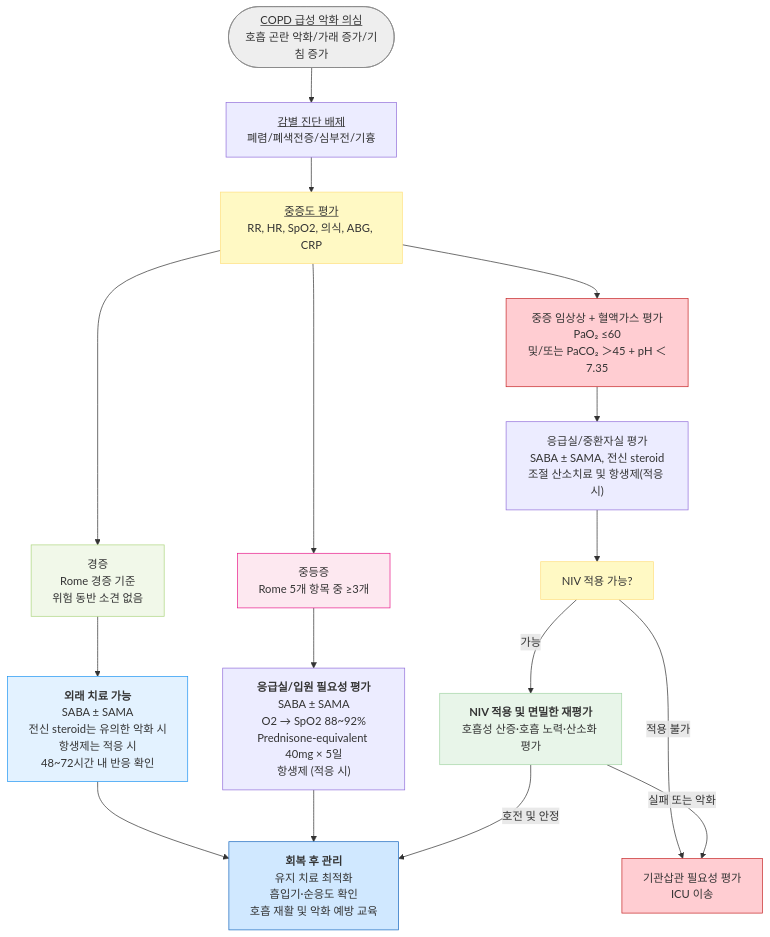
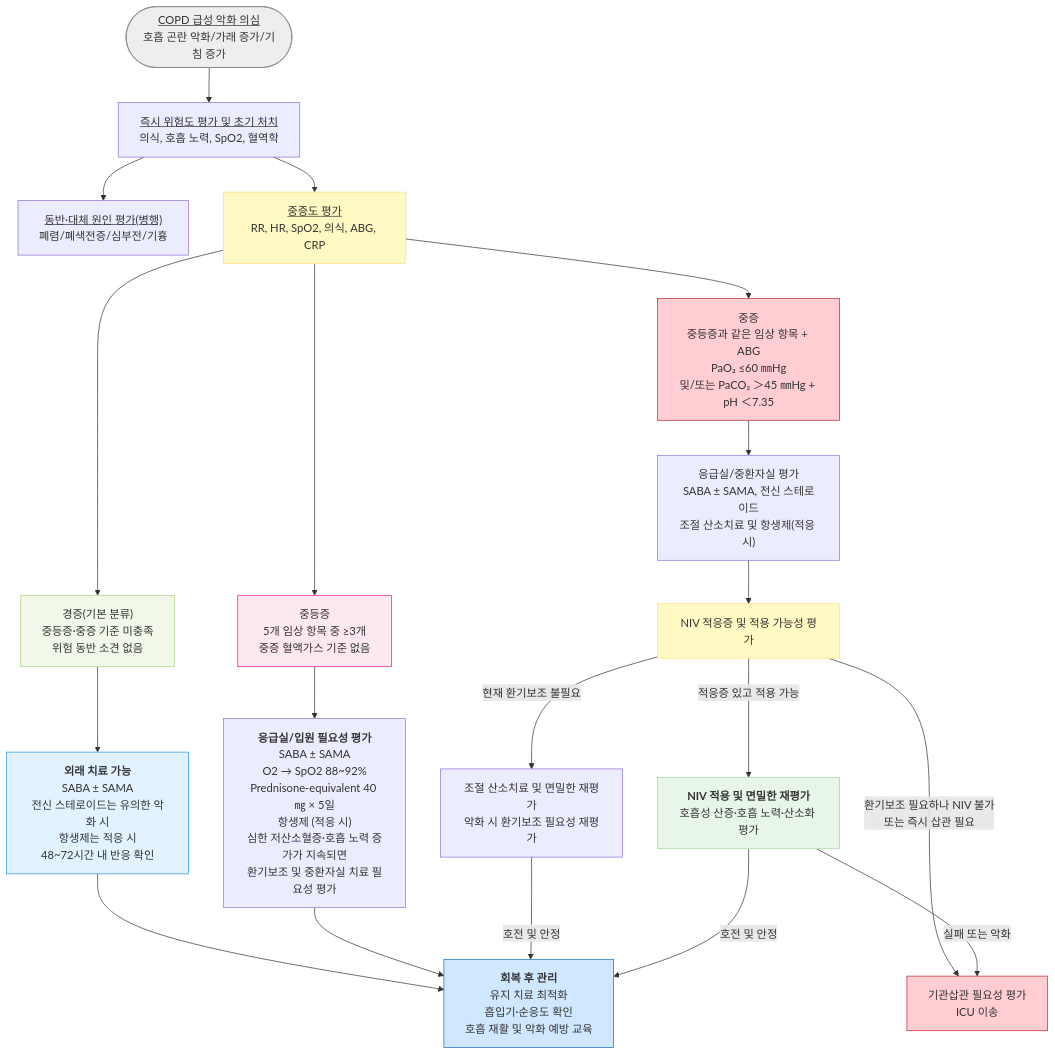
One commit to familyoh77/familyoh77 changed the third of 3 diagrams in 223_/072_-copd.md. Above: the diagram before and after it, drawn with Mermaid. The commit also changed other lines of this file, not shown here.

````diff
--- a/223_/072_-copd.md
+++ b/223_/072_-copd.md
@@ -606,36 +629,39 @@
 ```mermaid
 flowchart TD
     Start(["<u>COPD 급성 악화 의심</u><br/>호흡 곤란 악화/가래 증가/기침 증가"])
 
-    Start --> Diff["<u>감별 진단 배제</u><br/>폐렴/폐색전증/심부전/기흉"]
-    Diff --> Severity["<u>중증도 평가</u><br/>RR, HR, SpO2, 의식, ABG, CRP"]
+    Start --> Triage["<u>즉시 위험도 평가 및 초기 처치</u><br/>의식, 호흡 노력, SpO2, 혈역학"]
+    Triage --> Diff["<u>동반·대체 원인 평가(병행)</u><br/>폐렴/폐색전증/심부전/기흉"]
+    Triage --> Severity["<u>중증도 평가</u><br/>RR, HR, SpO2, 의식, ABG, CRP"]
 
-    Severity --> Mild["경증<br/>Rome 경증 기준<br/>위험 동반 소견 없음"]
-    Severity --> Moderate["중등증<br/>Rome 5개 항목 중 ≥3개"]
-    Severity --> Severe["중증 임상상 + 혈액가스 평가<br/>PaO₂ ≤60<br/>및/또는 PaCO₂ ＞45 + pH ＜7.35"]
+    Severity --> Mild["경증(기본 분류)<br/>중등증·중증 기준 미충족<br/>위험 동반 소견 없음"]
+    Severity --> Moderate["중등증<br/>5개 임상 항목 중 ≥3개<br/>중증 혈액가스 기준 없음"]
+    Severity --> Severe["중증<br/>중등증과 같은 임상 항목 + ABG<br/>PaO₂ ≤60 ㎜Hg<br/>및/또는 PaCO₂ ＞45 ㎜Hg + pH ＜7.35"]
 
-    Mild --> OutTx["<b>외래 치료 가능</b><br/>SABA ± SAMA<br/>전신 steroid는 유의한 악화 시<br/>항생제는 적응 시<br/>48~72시간 내 반응 확인"]
+    Mild --> OutTx["<b>외래 치료 가능</b><br/>SABA ± SAMA<br/>전신 스테로이드는 유의한 악화 시<br/>항생제는 적응 시<br/>48~72시간 내 반응 확인"]
 
-    Moderate --> HospTx["<b>응급실/입원 필요성 평가</b><br/>SABA ± SAMA<br/>O2 → SpO2 88~92%<br/>Prednisone-equivalent 40mg × 5일<br/>항생제 (적응 시)"]
+    Moderate --> HospTx["<b>응급실/입원 필요성 평가</b><br/>SABA ± SAMA<br/>O2 → SpO2 88~92%<br/>Prednisone-equivalent 40 ㎎ × 5일<br/>항생제 (적응 시)<br/>심한 저산소혈증·호흡 노력 증가가 지속되면<br/>환기보조 및 중환자실 치료 필요성 평가"]
 
-    Severe --> SevereTx["응급실/중환자실 평가<br/>SABA ± SAMA, 전신 steroid<br/>조절 산소치료 및 항생제(적응 시)"]
-    SevereTx --> NIVcheck["NIV 적용 가능?"]
-    NIVcheck -->|"가능"| NIV["<b>NIV 적용 및 면밀한 재평가</b><br/>호흡성 산증·호흡 노력·산소화 평가"]
-    NIVcheck -->|"적용 불가"| Intubation["기관삽관 필요성 평가<br/>ICU 이송"]
+    Severe --> SevereTx["응급실/중환자실 평가<br/>SABA ± SAMA, 전신 스테로이드<br/>조절 산소치료 및 항생제(적응 시)"]
+    SevereTx --> NIVcheck["NIV 적응증 및 적용 가능성 평가"]
+    NIVcheck -->|"적응증 있고 적용 가능"| NIV["<b>NIV 적용 및 면밀한 재평가</b><br/>호흡성 산증·호흡 노력·산소화 평가"]
+    NIVcheck -->|"환기보조 필요하나 NIV 불가<br/>또는 즉시 삽관 필요"| Intubation["기관삽관 필요성 평가<br/>ICU 이송"]
+    NIVcheck -->|"현재 환기보조 불필요"| Monitor["조절 산소치료 및 면밀한 재평가<br/>악화 시 환기보조 필요성 재평가"]
     NIV -->|"실패 또는 악화"| Intubation
 
     OutTx --> Followup["<b>회복 후 관리</b><br/>유지 치료 최적화<br/>흡입기·순응도 확인<br/>호흡 재활 및 악화 예방 교육"]
     HospTx --> Followup
+    Monitor -->|"호전 및 안정"| Followup
     NIV -->|"호전 및 안정"| Followup
 
     style Start fill:#eeeeee,stroke:#888888
     style Mild fill:#f1f8e9,stroke:#aed581
     style Moderate fill:#fde8f0,stroke:#e91e8c
     style NIV fill:#e8f5e9,stroke:#a5d6a7
 classDef yellow fill:#fff9c4,stroke:#ffe082    
 class Severity,NIVcheck yellow
 classDef red fill:#ffcdd2,stroke:#c62828
 class Severe,Intubation red
     style Followup fill:#d0e8ff,stroke:#1a6abf
     style OutTx fill:#e3f2ff,stroke:#2196f3
 ```
````
